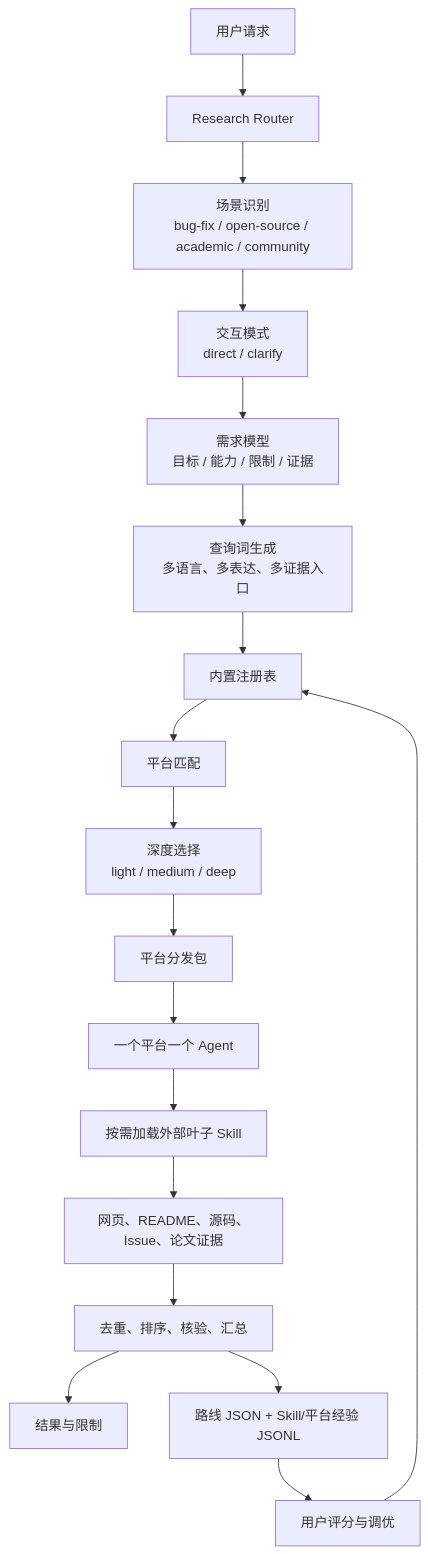
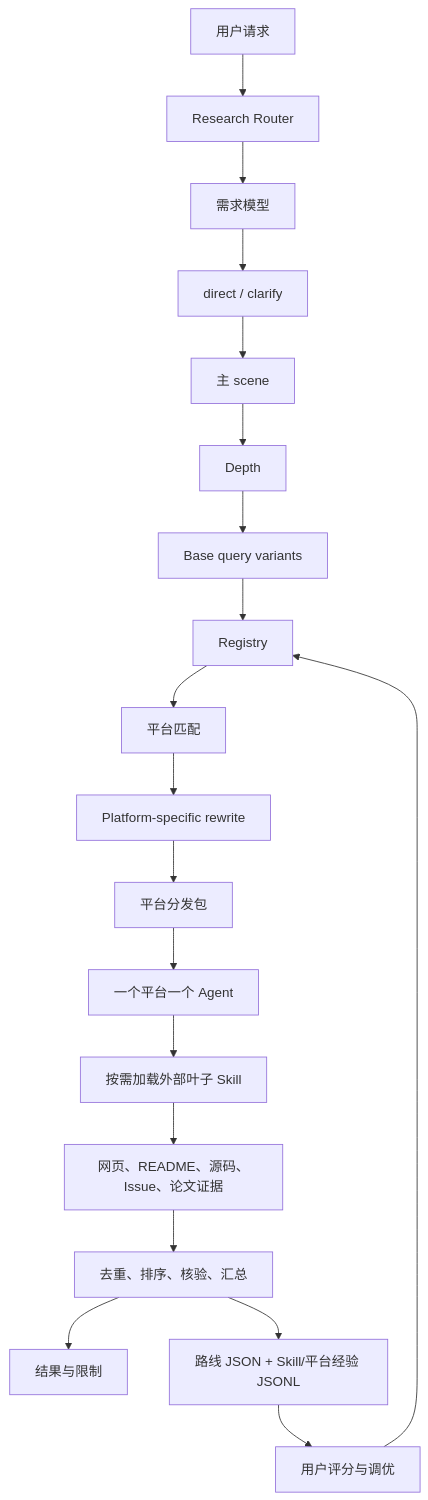
One commit to sxyq/research-router changed the second of 4 diagrams in README.md. Above: the diagram before and after it, drawn with Mermaid. The commit also changed other lines of this file and 34 other files, not shown here.

````diff
--- a/README.md
+++ b/README.md
@@ -60,20 +62,21 @@
 ```mermaid
 flowchart TD
     U[用户请求] --> R[Research Router]
-    R --> C[场景识别<br/>bug-fix / open-source / academic / community]
-    C --> M[交互模式<br/>direct / clarify]
-    M --> Q[需求模型<br/>目标 / 能力 / 限制 / 证据]
-    Q --> G[查询词生成<br/>多语言、多表达、多证据入口]
-    G --> I[内置注册表]
+    R --> Q[需求模型]
+    Q --> M[direct / clarify]
+    M --> C[主 scene]
+    C --> D[Depth]
+    D --> G[Base query variants]
+    G --> I[Registry]
     I --> P[平台匹配]
-    P --> D[深度选择<br/>light / medium / deep]
-    D --> X[平台分发包]
+    P --> W[Platform-specific rewrite]
+    W --> X[平台分发包]
     X --> A[一个平台一个 Agent]
     A --> S[按需加载外部叶子 Skill]
     S --> E[网页、README、源码、Issue、论文证据]
     E --> V[去重、排序、核验、汇总]
     V --> O[结果与限制]
     V --> T[路线 JSON + Skill/平台经验 JSONL]
     T --> F[用户评分与调优]
     F --> I
 ```
````
